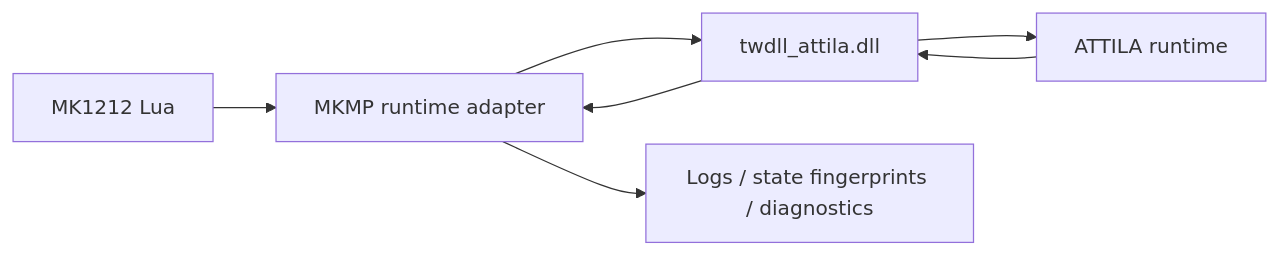
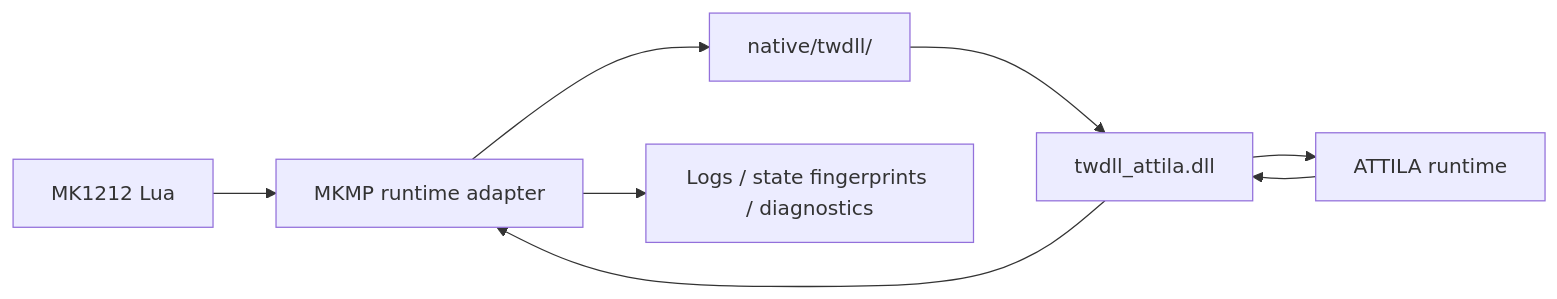
One commit to karnalooch/MK1212Scripts changed the diagram in docs/README.md. Above: the diagram before and after it, drawn with Mermaid. The commit also changed other lines of this file and 664 other files, not shown here.

````diff
--- a/docs/README.md
+++ b/docs/README.md
@@ -51,9 +52,10 @@
 ```mermaid
 flowchart LR
     LUA["MK1212 Lua"] --> ADAPTER["MKMP runtime adapter"]
-    ADAPTER --> DLL["twdll_attila.dll"]
+    ADAPTER --> SOURCE["native/twdll/"]
+    SOURCE --> DLL["twdll_attila.dll"]
     DLL --> ENGINE["ATTILA runtime"]
     ENGINE --> DLL
     DLL --> ADAPTER
     ADAPTER --> PROOF["Logs / state fingerprints / diagnostics"]
 ```
````
